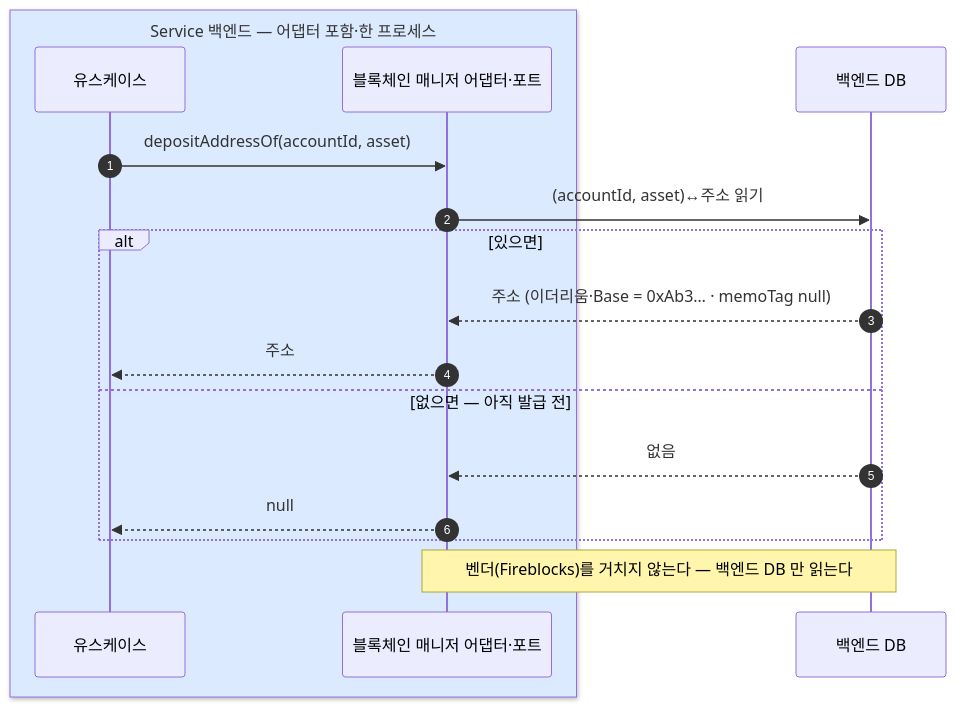
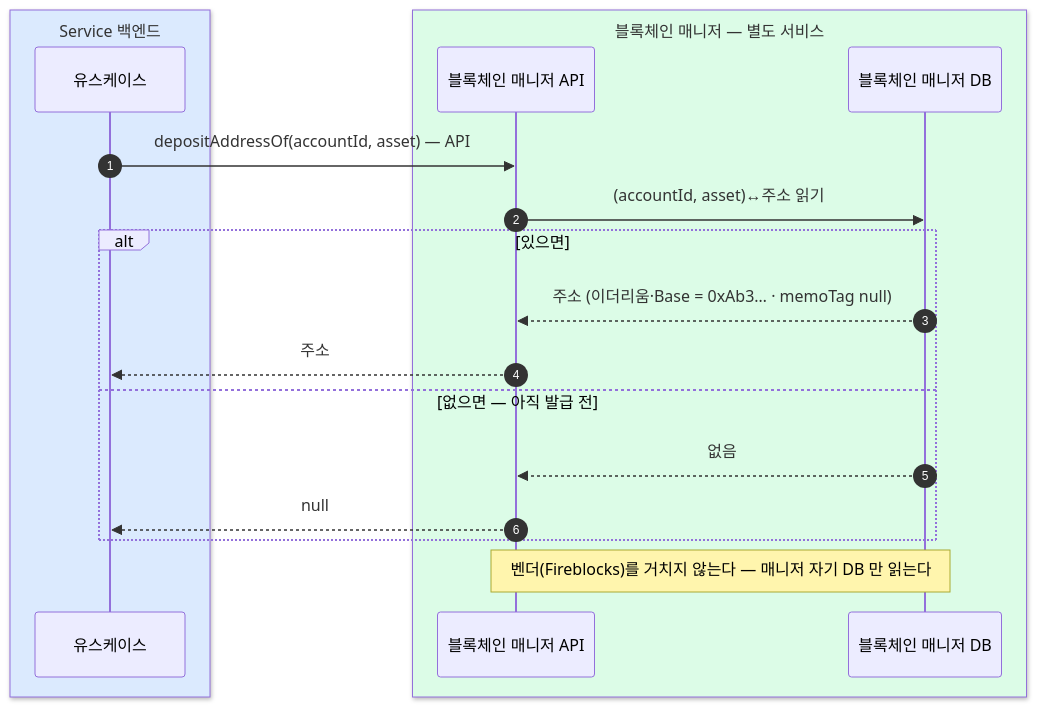
The diagram in blockchain-manager/docs/설계/03-address-of.md (eunsujeo/eunpus), drawn with Mermaid before and after one commit. The commit also changed other lines of this file and 10 other files, not shown here.

First line of the commit message:
칸반 문서: 아키텍처 경계 전면 전환 — 포트/어댑터 → 매니저 API + 웹소켓

````diff
--- a/blockchain-manager/docs/설계/03-address-of.md
+++ b/blockchain-manager/docs/설계/03-address-of.md
@@ -21,20 +21,22 @@
 ```mermaid
 sequenceDiagram
     autonumber
-    box rgb(219,234,254) Service 백엔드 — 어댑터 포함·한 프로세스
+    box rgb(219,234,254) Service 백엔드
     participant BE as 유스케이스
-    participant FBI as 블록체인 매니저 어댑터·포트
     end
-    participant BDB as 백엔드 DB
+    box rgb(220,252,231) 블록체인 매니저 — 별도 서비스
+    participant BM as 블록체인 매니저 API
+    participant MDB as 블록체인 매니저 DB
+    end
 
-    BE->>FBI: depositAddressOf(accountId, asset)
-    FBI->>BDB: (accountId, asset)↔주소 읽기
+    BE->>BM: depositAddressOf(accountId, asset) — API
+    BM->>MDB: (accountId, asset)↔주소 읽기
     alt 있으면
-        BDB-->>FBI: 주소 (이더리움·Base = 0xAb3… · memoTag null)
-        FBI-->>BE: 주소
+        MDB-->>BM: 주소 (이더리움·Base = 0xAb3… · memoTag null)
+        BM-->>BE: 주소
     else 없으면 — 아직 발급 전
-        BDB-->>FBI: 없음
-        FBI-->>BE: null
+        MDB-->>BM: 없음
+        BM-->>BE: null
     end
-    Note over FBI,BDB: 벤더(Fireblocks)를 거치지 않는다 — 백엔드 DB 만 읽는다
+    Note over BM,MDB: 벤더(Fireblocks)를 거치지 않는다 — 매니저 자기 DB 만 읽는다
 ```
````
